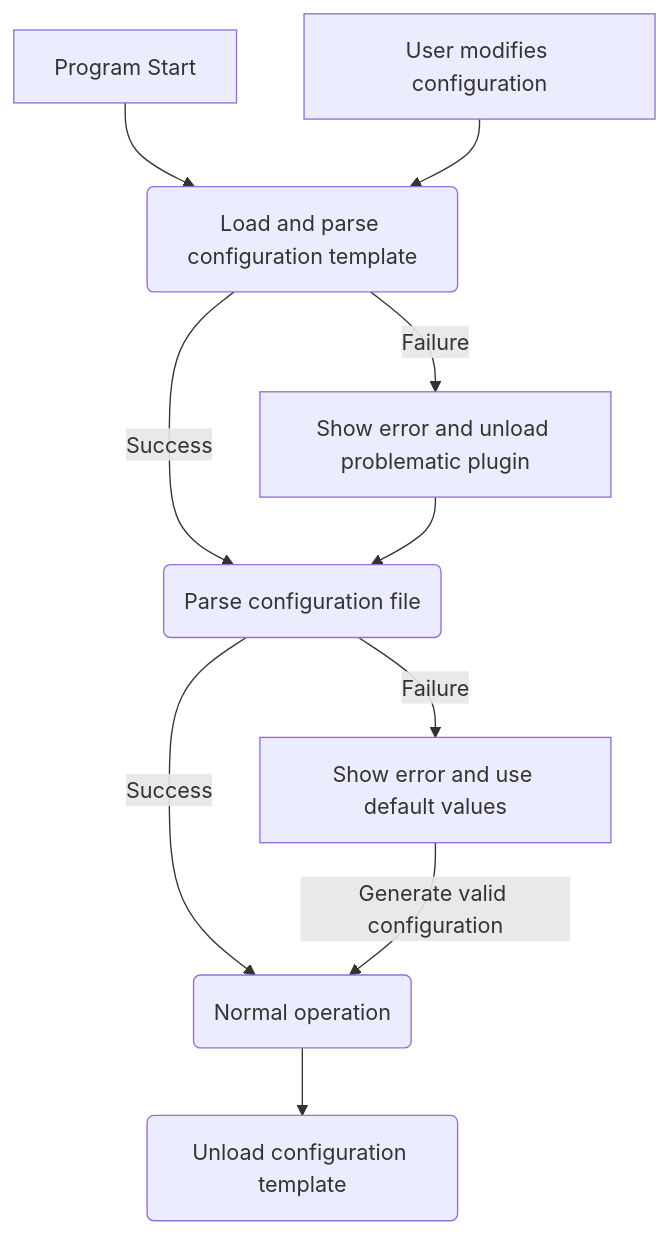
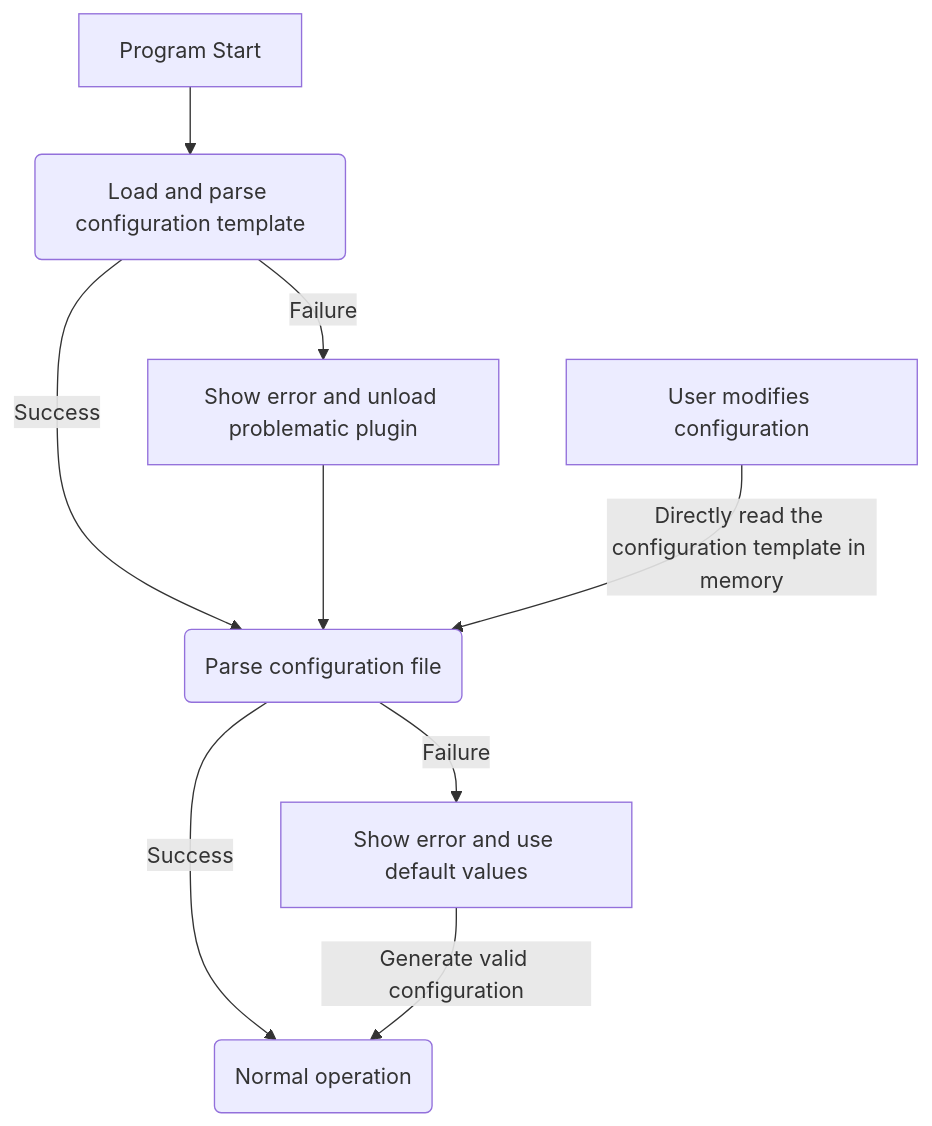
Before and after one commit to prbegd/TheCalculater: the diagram in docs/plugins/config_template_en.md, drawn with Mermaid. The commit also changed 1 other file, not shown here.

````diff
--- a/docs/plugins/config_template_en.md
+++ b/docs/plugins/config_template_en.md
@@ -153,13 +153,12 @@
 ```mermaid
 graph TD
     A[Program Start] --> B(Load and parse configuration template)
     B --> |Success| C(Parse configuration file)
     B --> |Failure| D[Show error and unload problematic plugin]
     D --> C
     C --> |Success| E(Normal operation)
     C --> |Failure| F[Show error and use default values]
     F --> |Generate valid configuration| E
-    E --> G(Unload configuration template)
 
-    H[User modifies configuration] --> B
+    H[User modifies configuration] --> |Directly read the configuration template in memory| C
 ```
````
